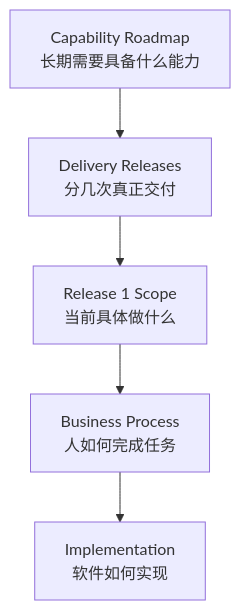
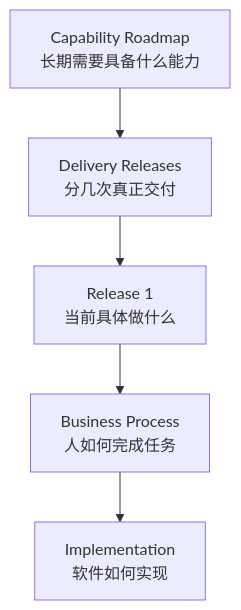
The fourth of 6 diagrams in 00_MASTER_DESIGN.md (SONG-36/TK_Video_Intelligence_Workbench), drawn with Mermaid before and after one commit. The commit also changed other lines of this file and 9 other files, not shown here.

````diff
--- a/00_MASTER_DESIGN.md
+++ b/00_MASTER_DESIGN.md
@@ -84,10 +165,10 @@
 ```mermaid
 flowchart TB
     CR[Capability Roadmap<br/>长期需要具备什么能力]
     DR[Delivery Releases<br/>分几次真正交付]
-    R1[Release 1 Scope<br/>当前具体做什么]
+    R1[Release 1<br/>当前具体做什么]
     BP[Business Process<br/>人如何完成任务]
     DEV[Implementation<br/>软件如何实现]
 
     CR --> DR --> R1 --> BP --> DEV
 ```
````
